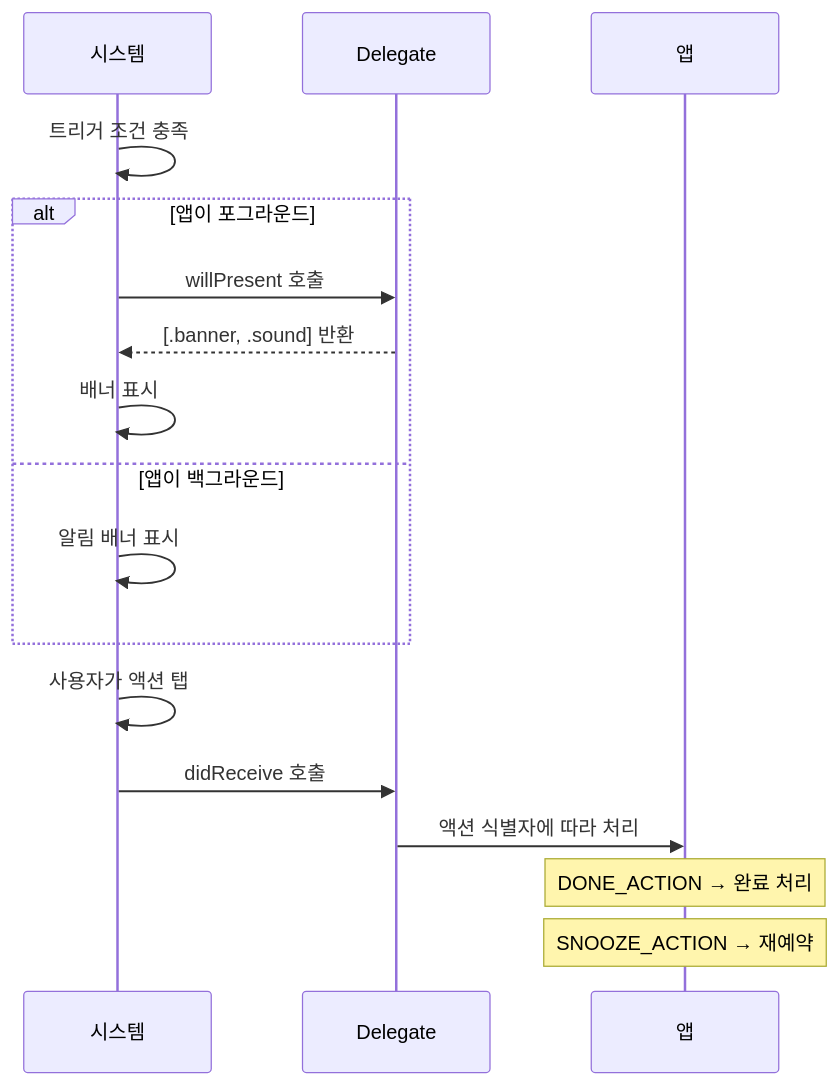
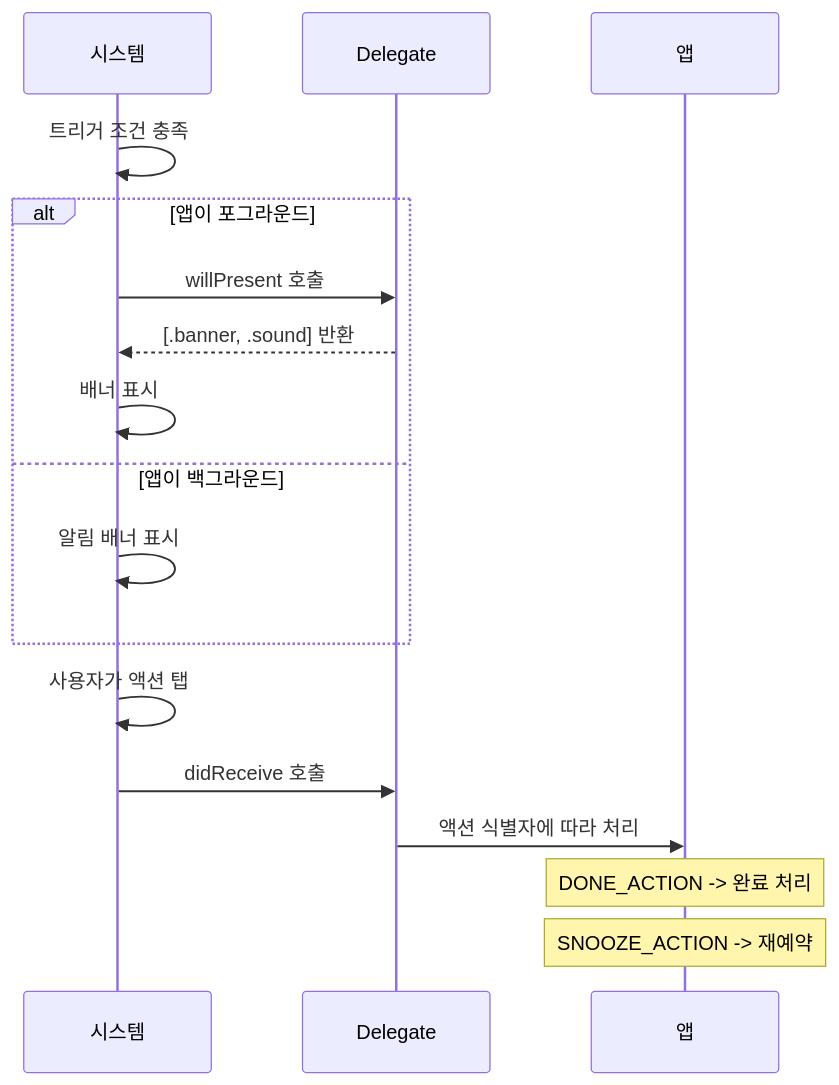
Before and after one commit to jsonpassion/forge-tutorial-swift: the fourth of 4 diagrams in 10-system-frameworks/03-notifications.md, drawn with Mermaid. The commit also changed other lines of this file and 69 other files, not shown here.

````diff
--- a/10-system-frameworks/03-notifications.md
+++ b/10-system-frameworks/03-notifications.md
@@ -286,20 +286,20 @@
 ```mermaid
 sequenceDiagram
     participant S as 시스템
     participant D as Delegate
     participant A as 앱
 
     S->>S: 트리거 조건 충족
     alt 앱이 포그라운드
         S->>D: willPresent 호출
         D-->>S: [.banner, .sound] 반환
         S->>S: 배너 표시
     else 앱이 백그라운드
         S->>S: 알림 배너 표시
     end
     S->>S: 사용자가 액션 탭
     S->>D: didReceive 호출
     D->>A: 액션 식별자에 따라 처리
-    Note over A: DONE_ACTION → 완료 처리
-    Note over A: SNOOZE_ACTION → 재예약
+    Note over A: DONE_ACTION -> 완료 처리
+    Note over A: SNOOZE_ACTION -> 재예약
 ```
````
